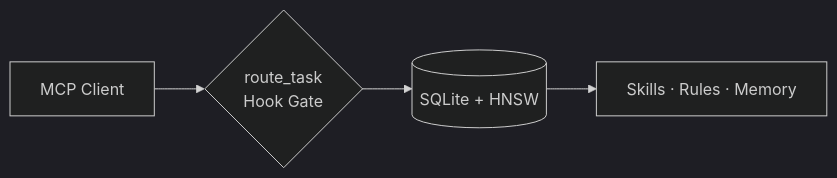
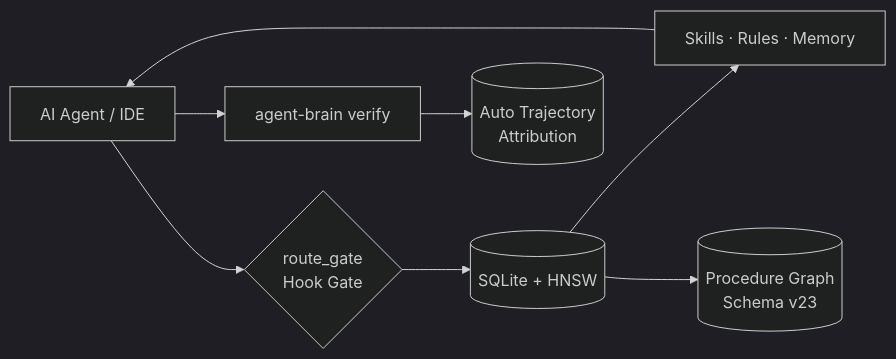
The diagram in README.md (autonomic-ai-dev/agent-brain), drawn with Mermaid (dark theme) before and after one commit. The commit also changed other lines of this file and 24 other files, not shown here.

First line of the commit message:
feat(retrieval): procedure recall, recursive CTE procedure graph, auto-trajectories, and route cache telemetry fix (#149)

````diff
--- a/README.md
+++ b/README.md
@@ -7,6 +7,10 @@
 ```mermaid
 flowchart LR
-    MCP[MCP Client] --> Gate{route_task<br>Hook Gate}
+    Host[AI Agent / IDE] --> Gate{route_gate<br>Hook Gate}
     Gate --> Engine[(SQLite + HNSW)]
     Engine --> Context[Skills · Rules · Memory]
+    Engine --> Graph[(Procedure Graph<br>Schema v23)]
+    Context --> Host
+    Host --> Verify[agent-brain verify]
+    Verify --> Trajectory[(Auto Trajectory<br>Attribution)]
 ```
````
